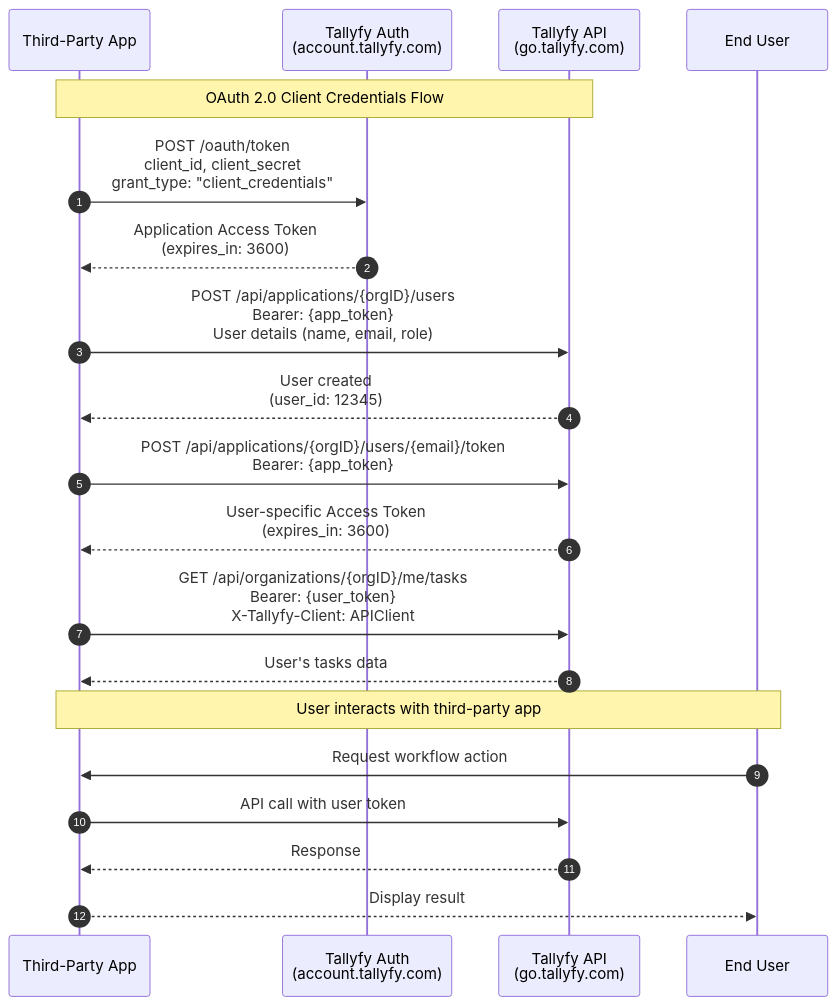
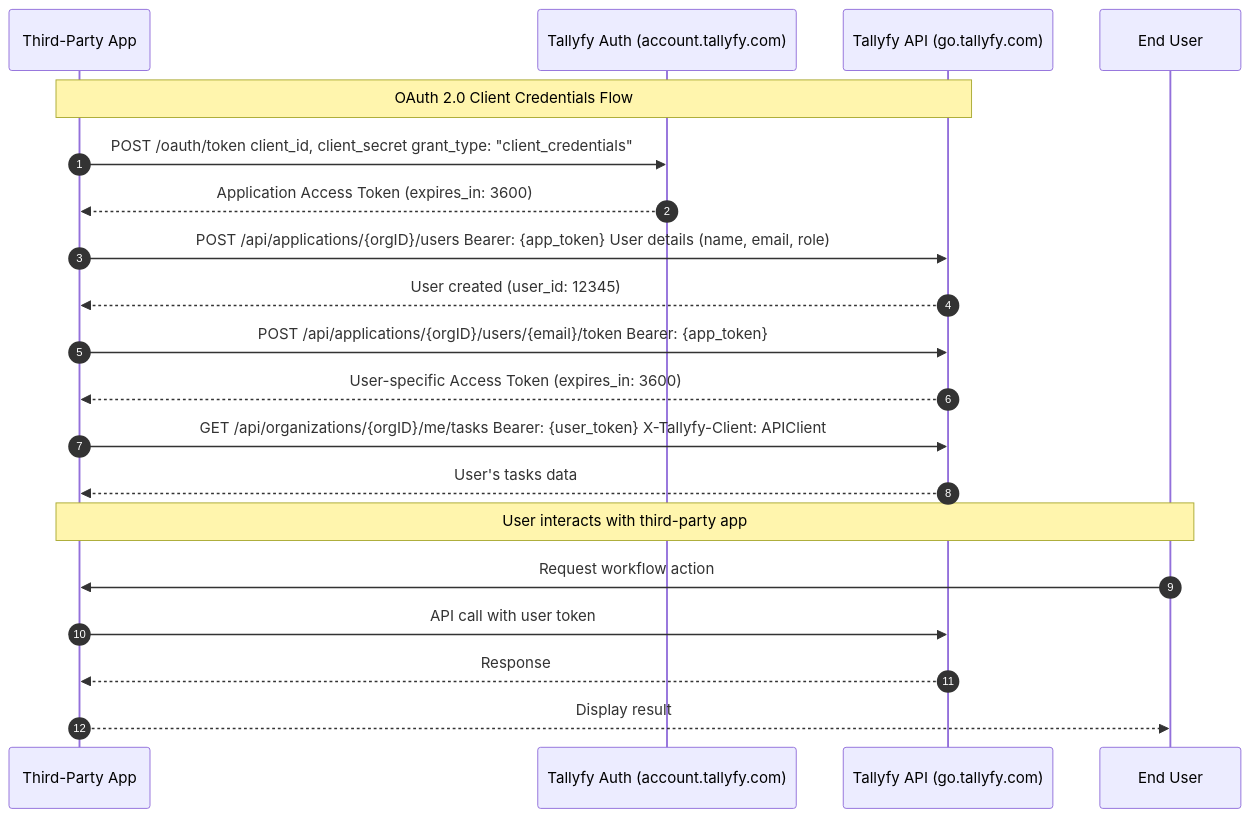
The diagram in src/content/docs/pro/integrations/open-api/access-api-as-a-third-party-application-instead-of-a-user.mdx (tallyfy/documentation), drawn with Mermaid before and after one commit. The commit also changed 46 other files, not shown here.

Commit message:
Update Mermaid notation

````diff
--- a/src/content/docs/pro/integrations/open-api/access-api-as-a-third-party-application-instead-of-a-user.mdx
+++ b/src/content/docs/pro/integrations/open-api/access-api-as-a-third-party-application-instead-of-a-user.mdx
@@ -44,32 +44,32 @@
 ```mermaid
 sequenceDiagram
-    autonumber
-    participant App as Third-Party App
-    participant Auth as Tallyfy Auth<br/>(account.tallyfy.com)
-    participant API as Tallyfy API<br/>(go.tallyfy.com)
-    participant User as End User
-    
-    Note over App,API: OAuth 2.0 Client Credentials Flow
-    
-    %% Step 1: Get App Token
-    App->>Auth: POST /oauth/token<br/>client_id, client_secret<br/>grant_type: "client_credentials"
-    Auth-->>App: Application Access Token<br/>(expires_in: 3600)
-    
-    %% Step 2: Provision User
-    App->>API: POST /api/applications/{orgID}/users<br/>Bearer: {app_token}<br/>User details (name, email, role)
-    API-->>App: User created<br/>(user_id: 12345)
-    
-    %% Step 3: Get User Token
-    App->>API: POST /api/applications/{orgID}/users/{email}/token<br/>Bearer: {app_token}
-    API-->>App: User-specific Access Token<br/>(expires_in: 3600)
-    
-    %% Step 4: Act on behalf of user
-    App->>API: GET /api/organizations/{orgID}/me/tasks<br/>Bearer: {user_token}<br/>X-Tallyfy-Client: APIClient
-    API-->>App: User's tasks data
-    
-    Note over App,User: User interacts with third-party app
-    User->>App: Request workflow action
-    App->>API: API call with user token
-    API-->>App: Response
-    App-->>User: Display result
+ autonumber
+ participant App as Third-Party App
+ participant Auth as Tallyfy Auth (account.tallyfy.com)
+ participant API as Tallyfy API (go.tallyfy.com)
+ participant User as End User
+ 
+ Note over App,API: OAuth 2.0 Client Credentials Flow
+ 
+ %% Step 1: Get App Token
+ App->>Auth: POST /oauth/token client_id, client_secret grant_type: "client_credentials"
+ Auth-->>App: Application Access Token (expires_in: 3600)
+ 
+ %% Step 2: Provision User
+ App->>API: POST /api/applications/{orgID}/users Bearer: {app_token} User details (name, email, role)
+ API-->>App: User created (user_id: 12345)
+ 
+ %% Step 3: Get User Token
+ App->>API: POST /api/applications/{orgID}/users/{email}/token Bearer: {app_token}
+ API-->>App: User-specific Access Token (expires_in: 3600)
+ 
+ %% Step 4: Act on behalf of user
+ App->>API: GET /api/organizations/{orgID}/me/tasks Bearer: {user_token} X-Tallyfy-Client: APIClient
+ API-->>App: User's tasks data
+ 
+ Note over App,User: User interacts with third-party app
+ User->>App: Request workflow action
+ App->>API: API call with user token
+ API-->>App: Response
+ App-->>User: Display result
 ```
````
